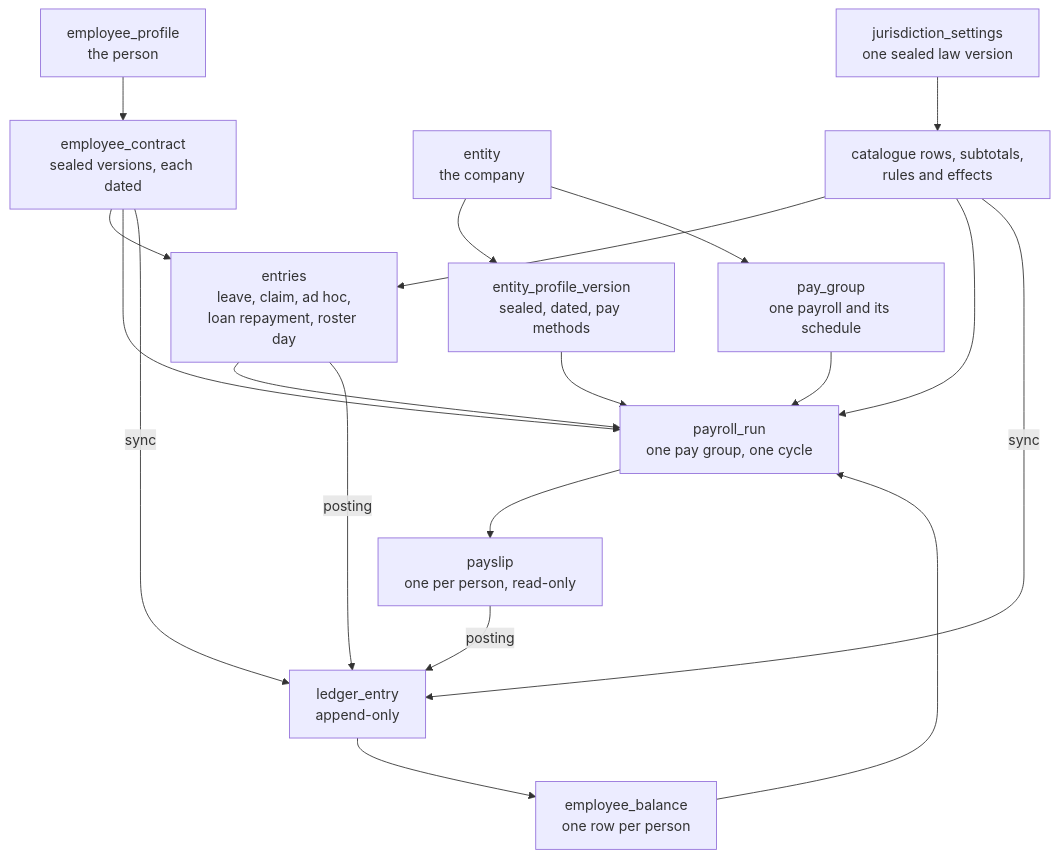
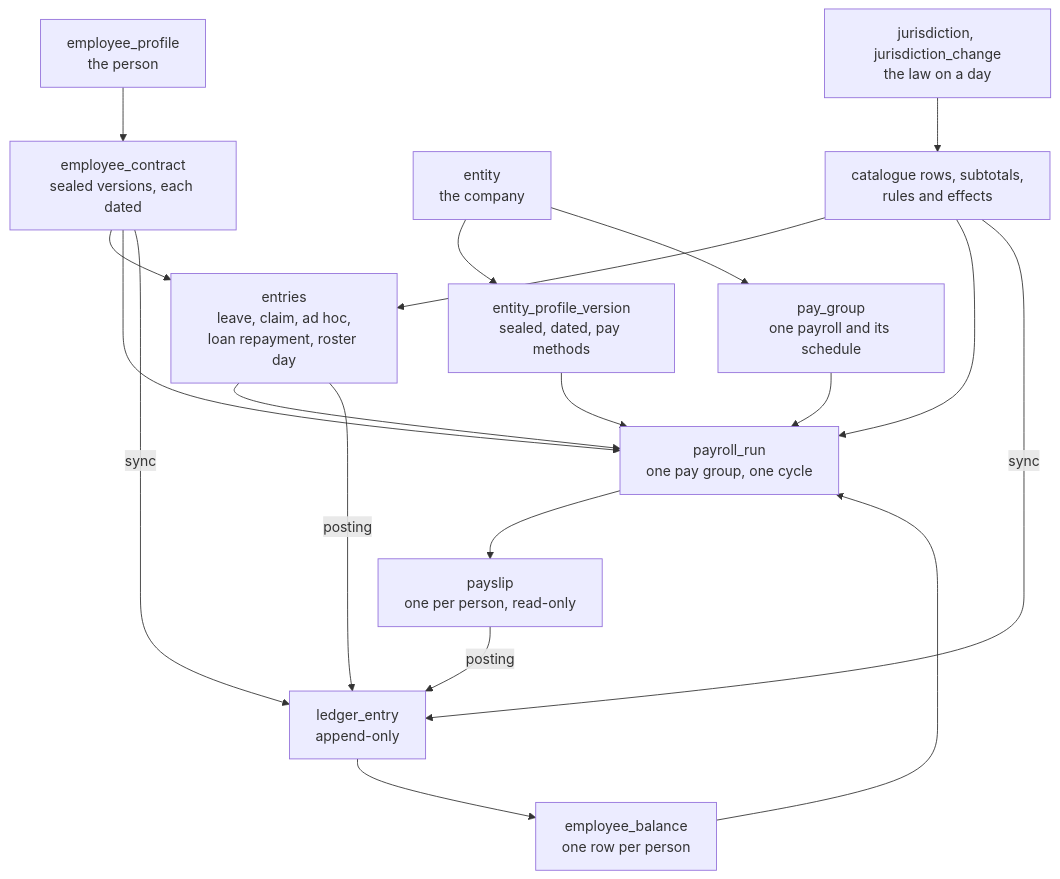
One commit to norbital-ai/templates changed the first of 4 diagrams in hrms/docs/0001-hrms-calculation-architecture.md. Above: the diagram before and after it, drawn with Mermaid. The commit also changed other lines of this file and 889 other files, not shown here.

````diff
--- a/hrms/docs/0001-hrms-calculation-architecture.md
+++ b/hrms/docs/0001-hrms-calculation-architecture.md
@@ -199,21 +199,21 @@
 ```mermaid
 flowchart TD
   person[employee_profile<br/>the person] --> contract[employee_contract<br/>sealed versions, each dated]
   entity[entity<br/>the company] --> version[entity_profile_version<br/>sealed, dated, pay methods]
   entity --> group[pay_group<br/>one payroll and its schedule]
-  law[jurisdiction_settings<br/>one sealed law version] --> rows[catalogue rows, subtotals,<br/>rules and effects]
+  law[jurisdiction, jurisdiction_change<br/>the law on a day] --> rows[catalogue rows, subtotals,<br/>rules and effects]
   contract --> entries[entries<br/>leave, claim, ad hoc,<br/>loan repayment, roster day]
   rows --> entries
   contract --> run[payroll_run<br/>one pay group, one cycle]
   version --> run
   group --> run
   rows --> run
   entries --> run
   run --> payslip[payslip<br/>one per person, read-only]
   entries -- posting --> ledger[ledger_entry<br/>append-only]
   payslip -- posting --> ledger
   contract -- sync --> ledger
   rows -- sync --> ledger
   ledger --> balance[employee_balance<br/>one row per person]
   balance --> run
 ```
````
